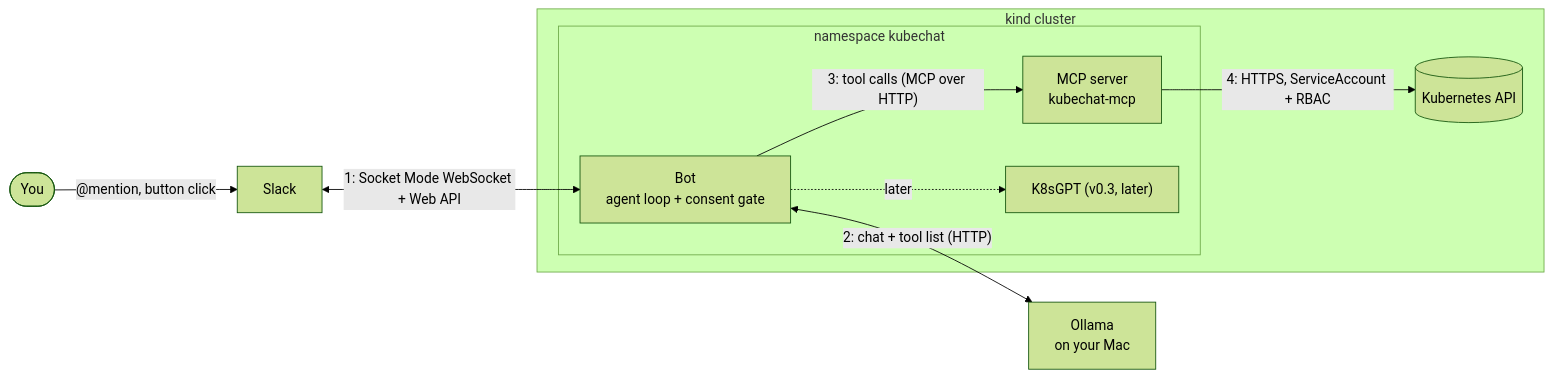
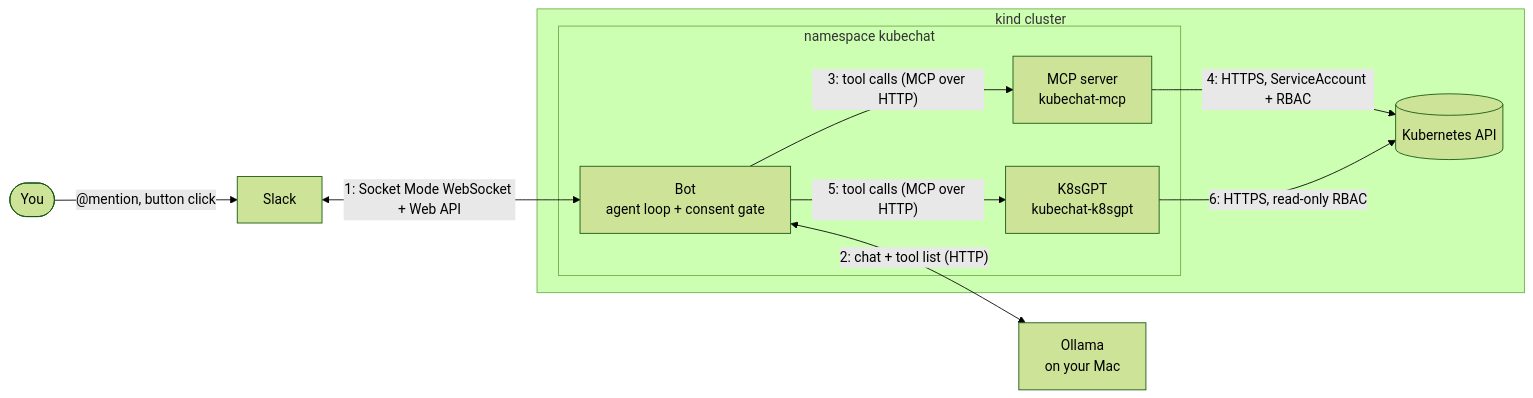
Before and after one commit to sskrishnav/KubeChat: the diagram in docs/architecture.md, drawn with Mermaid (forest theme). The commit also changed other lines of this file and 23 other files, not shown here.

Commit message:
K8sGPT as a second MCP server, MCP servers from config, general prompt rules, and experiments with scores

````diff
--- a/docs/architecture.md
+++ b/docs/architecture.md
@@ -7,19 +7,20 @@
 ```mermaid
 flowchart LR
     U([You]) -->|"@mention, button click"| S[Slack]
     S <-->|"1: Socket Mode WebSocket + Web API"| B
 
     subgraph K[kind cluster]
         subgraph NS[namespace kubechat]
             B["Bot<br/>agent loop + consent gate"]
             M["MCP server<br/>kubechat-mcp"]
-            G["K8sGPT (v0.3, later)"]
+            G["K8sGPT<br/>kubechat-k8sgpt"]
         end
         API[(Kubernetes API)]
     end
 
     B <-->|"2: chat + tool list (HTTP)"| O["Ollama<br/>on your Mac"]
     B -->|"3: tool calls (MCP over HTTP)"| M
-    B -.->|"later"| G
+    B -->|"5: tool calls (MCP over HTTP)"| G
     M -->|"4: HTTPS, ServiceAccount + RBAC"| API
+    G -->|"6: HTTPS, read-only RBAC"| API
 ```
````
